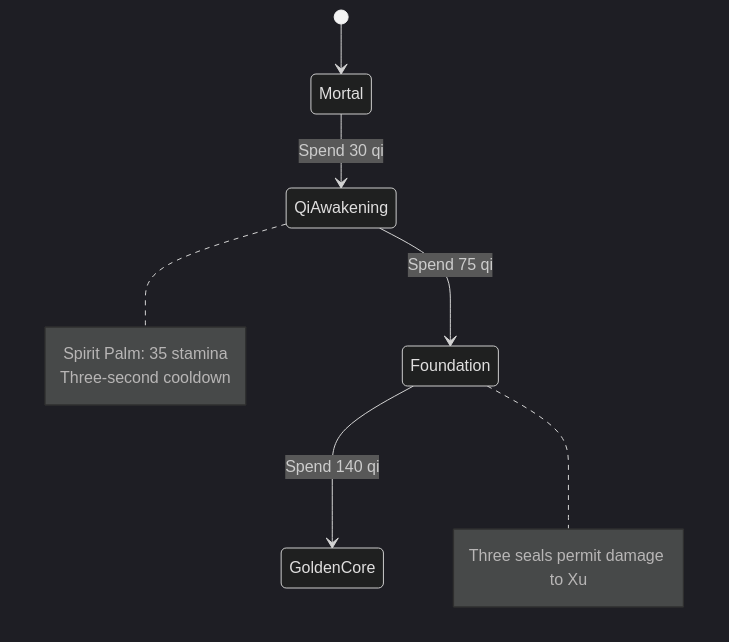
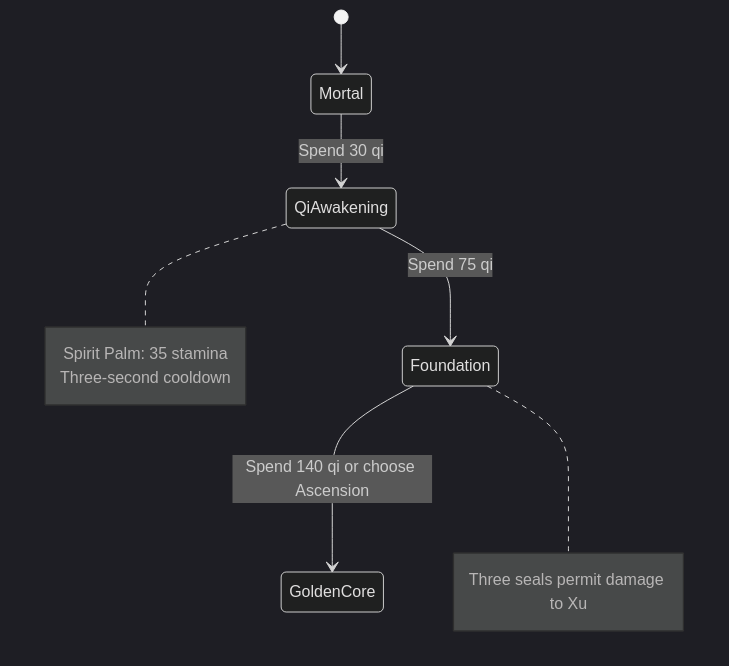
The fourth of 5 diagrams in docs/DESIGN.md (jgyy/2.5dxianxia), drawn with Mermaid (dark theme) before and after one commit. The commit also changed other lines of this file and 652 other files, not shown here.

````diff
--- a/docs/DESIGN.md
+++ b/docs/DESIGN.md
@@ -65,14 +65,14 @@
 ```mermaid
 stateDiagram-v2
     [*] --> Mortal
     Mortal --> QiAwakening: Spend 30 qi
     QiAwakening --> Foundation: Spend 75 qi
-    Foundation --> GoldenCore: Spend 140 qi
+    Foundation --> GoldenCore: Spend 140 qi or choose Ascension
     note right of QiAwakening
         Spirit Palm: 35 stamina
         Three-second cooldown
     end note
     note right of Foundation
         Three seals permit damage to Xu
     end note
 ```
````
